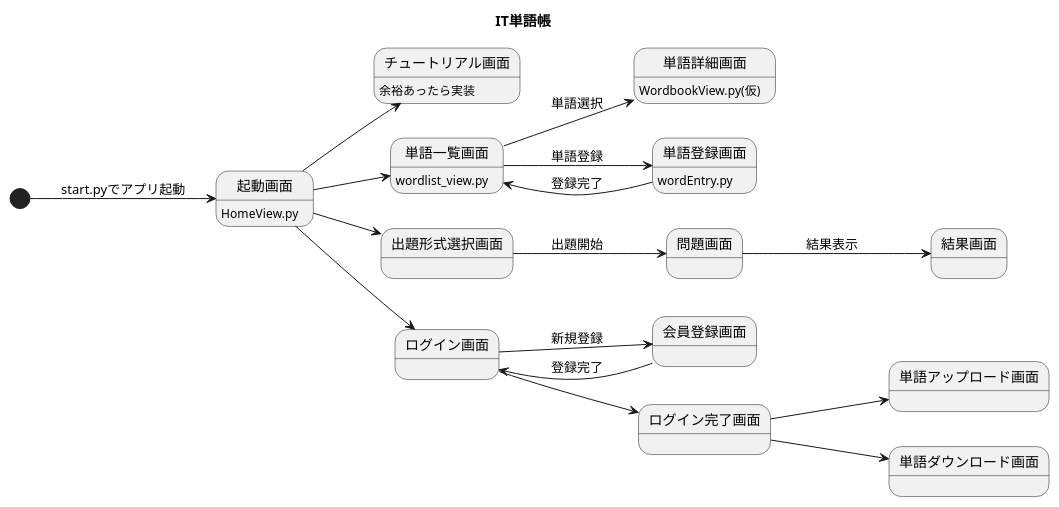
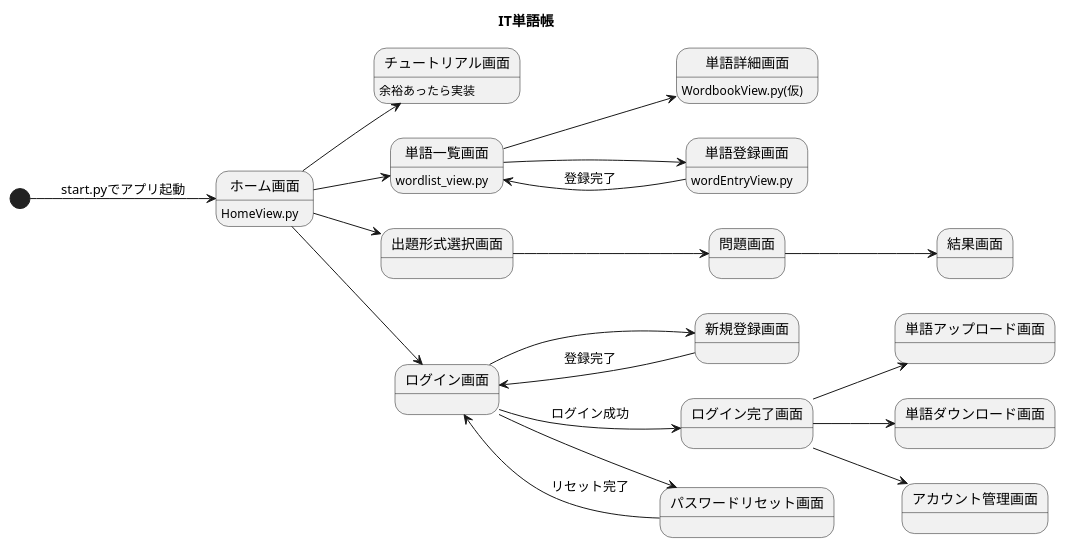
One commit to Kano0110/ITLearningSupport changed the diagram in 資料/画面遷移図.pu. Above: the diagram before and after it, drawn with PlantUML.

Commit message:
画面遷移図更新

```diff
--- a/資料/画面遷移図.pu
+++ b/資料/画面遷移図.pu
@@ -1,36 +1,39 @@
 @startuml ITwordbook
 
 left to right direction
 title IT単語帳
 
-[*] --> 起動画面 : start.pyでアプリ起動
+[*] --> ホーム画面 : start.pyでアプリ起動
 
-起動画面 --> チュートリアル画面
-起動画面 --> 単語一覧画面
-起動画面 --> 出題形式選択画面
-起動画面 --> ログイン画面
+ホーム画面 --> チュートリアル画面
+ホーム画面 --> 単語一覧画面
+ホーム画面 --> 出題形式選択画面
+ホーム画面 --> ログイン画面
 
-単語一覧画面 --> 単語詳細画面 : 単語選択
-単語一覧画面 --> 単語登録画面 : 単語登録
+単語一覧画面 --> 単語詳細画面
+単語一覧画面 --> 単語登録画面
 
 単語登録画面 --> 単語一覧画面 : 登録完了
 
-出題形式選択画面 --> 問題画面 : 出題開始
-問題画面 --> 結果画面 : 結果表示
+出題形式選択画面 --> 問題画面
+問題画面 --> 結果画面
 
-ログイン画面 --> 会員登録画面 : 新規登録
-ログイン画面 --> ログイン完了画面
+ログイン画面 --> 新規登録画面
+ログイン画面 --> ログイン完了画面 : ログイン成功
+ログイン画面 --> パスワードリセット画面
 
 ログイン完了画面 --> 単語アップロード画面
 ログイン完了画面 --> 単語ダウンロード画面
+ログイン完了画面 -->アカウント管理画面
 
+新規登録画面 --> ログイン画面 : 登録完了
 
-会員登録画面 --> ログイン画面 : 登録完了
+パスワードリセット画面 --> ログイン画面 : リセット完了
 
-state 起動画面 : HomeView.py
+state ホーム画面 : HomeView.py
 state 単語一覧画面 : wordlist_view.py
 state 単語詳細画面 : WordbookView.py(仮)
-state 単語登録画面 : wordEntry.py
+state 単語登録画面 : wordEntryView.py
 state チュートリアル画面 : 余裕あったら実装
 
 @enduml
```
